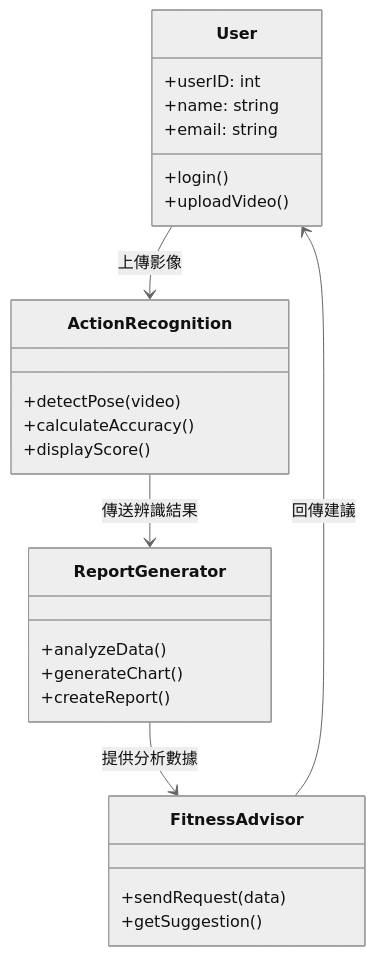
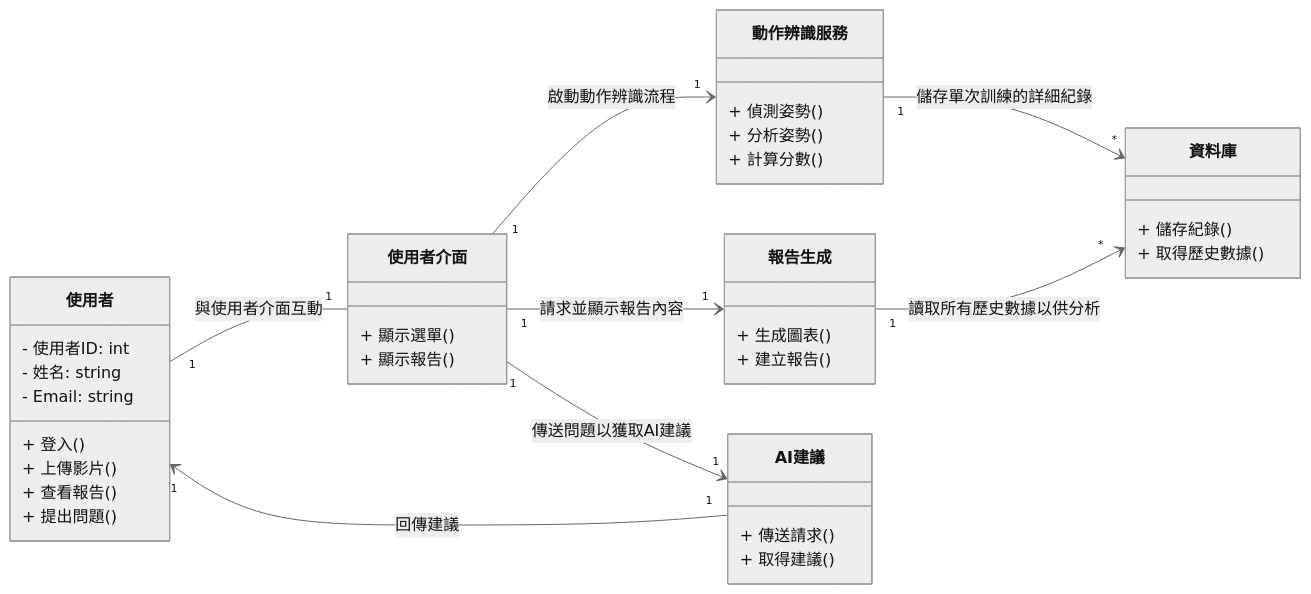
Before and after one commit to kyw012/team-project: the first of 7 diagrams in hw5.md, drawn with Mermaid (neutral theme). The commit also changed other lines of this file, not shown here.

````diff
--- a/hw5.md
+++ b/hw5.md
@@ -7,32 +7,50 @@
 ```mermaid
 classDiagram
-    class User {
-        +userID: int
-        +name: string
-        +email: string
-        +login()
-        +uploadVideo()
+    direction LR
+
+    class 使用者 {
+        - 使用者ID: int
+        - 姓名: string
+        - Email: string
+        + 登入()
+        + 上傳影片()
+        + 查看報告()
+        + 提出問題()
     }
 
-    class ActionRecognition {
-        +detectPose(video)
-        +calculateAccuracy()
-        +displayScore()
+    class 使用者介面 {
+        + 顯示選單()
+        + 顯示報告()
     }
 
-    class ReportGenerator {
-        +analyzeData()
-        +generateChart()
-        +createReport()
+    class 動作辨識服務 {
+        + 偵測姿勢()
+        + 分析姿勢()
+        + 計算分數()
     }
 
-    class FitnessAdvisor {
-        +sendRequest(data)
-        +getSuggestion()
+    class 資料庫 {
+        + 儲存紀錄()
+        + 取得歷史數據()
     }
 
-    User --> ActionRecognition : 上傳影像
-    ActionRecognition --> ReportGenerator : 傳送辨識結果
-    ReportGenerator --> FitnessAdvisor : 提供分析數據
-    FitnessAdvisor --> User : 回傳建議
+    class 報告生成 {
+        + 生成圖表()
+        + 建立報告()
+    }
+
+    class AI建議 {
+        + 傳送請求()
+        + 取得建議()
+        
+    }
+
+    使用者 "1" -- "1" 使用者介面 : 與使用者介面互動
+    使用者介面 "1" --> "1" 動作辨識服務 : 啟動動作辨識流程
+    使用者介面 "1" --> "1" 報告生成 : 請求並顯示報告內容
+    使用者介面 "1" --> "1" AI建議 : 傳送問題以獲取AI建議
+    動作辨識服務 "1" --> "*" 資料庫 : 儲存單次訓練的詳細紀錄
+    報告生成 "1" --> "*" 資料庫 : 讀取所有歷史數據以供分析
+    AI建議 "1" --> "1" 使用者 : 回傳建議
+
 ```
````
